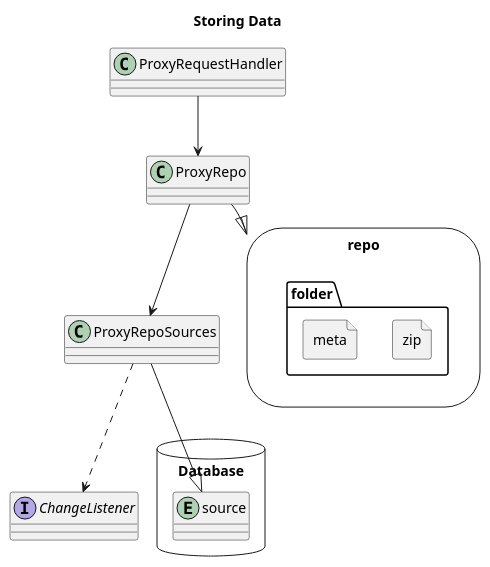
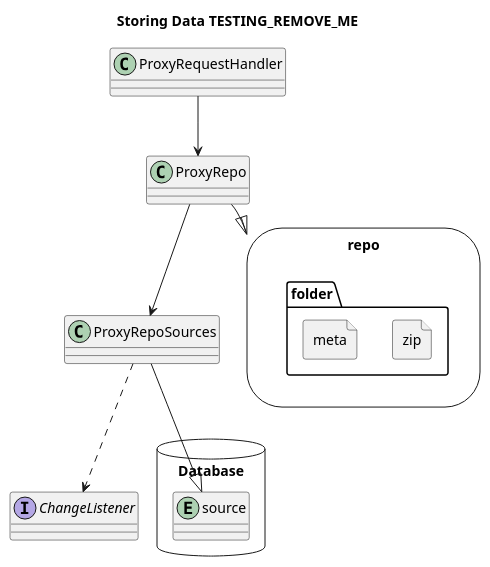
The diagram in stroom-proxy/stroom-proxy-app/doc/storing-data.puml (gchq/stroom), drawn with PlantUML before and after one commit.

Commit message:
Modify storing-data.puml for testing ci build

```diff
--- a/stroom-proxy/stroom-proxy-app/doc/storing-data.puml
+++ b/stroom-proxy/stroom-proxy-app/doc/storing-data.puml
@@ -1,40 +1,40 @@
 @startuml
 
-title Storing Data
+title Storing Data TESTING_REMOVE_ME
 
 class ProxyRequestHandler {
 }
 
 class ProxyRepo {
 }
 
 class ProxyRepoSources {
 }
 
 storage repo {
     folder folder {
         file zip {
         }
         file meta {
         }
     }
 }
 
 
 
 package Database <<Database>> {
 entity source
 }
 
 
 
 interface ChangeListener {
 }
 
 ProxyRequestHandler --> ProxyRepo
 ProxyRepo --|> repo
 ProxyRepo --> ProxyRepoSources
 ProxyRepoSources --|> source
 ProxyRepoSources ..> ChangeListener
 
 @enduml
```
